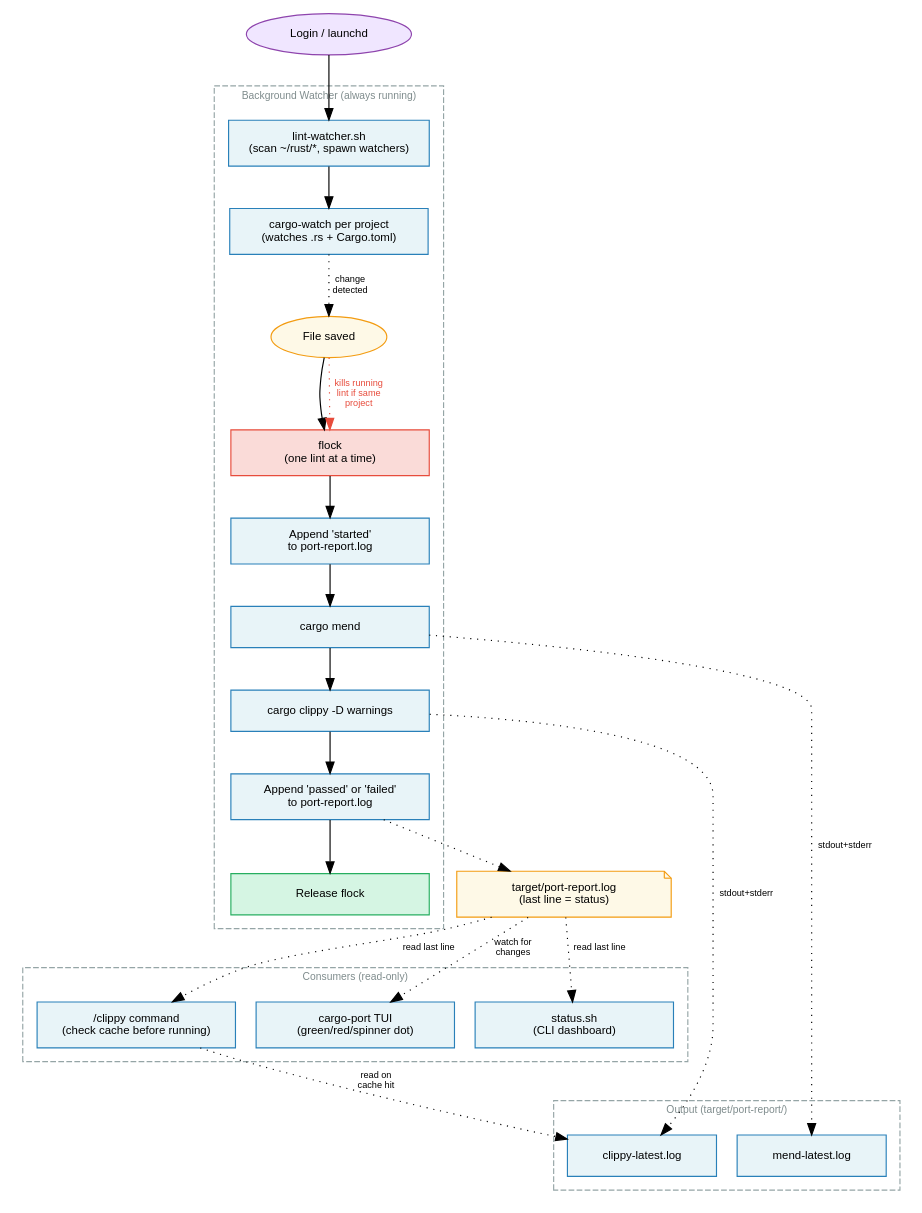
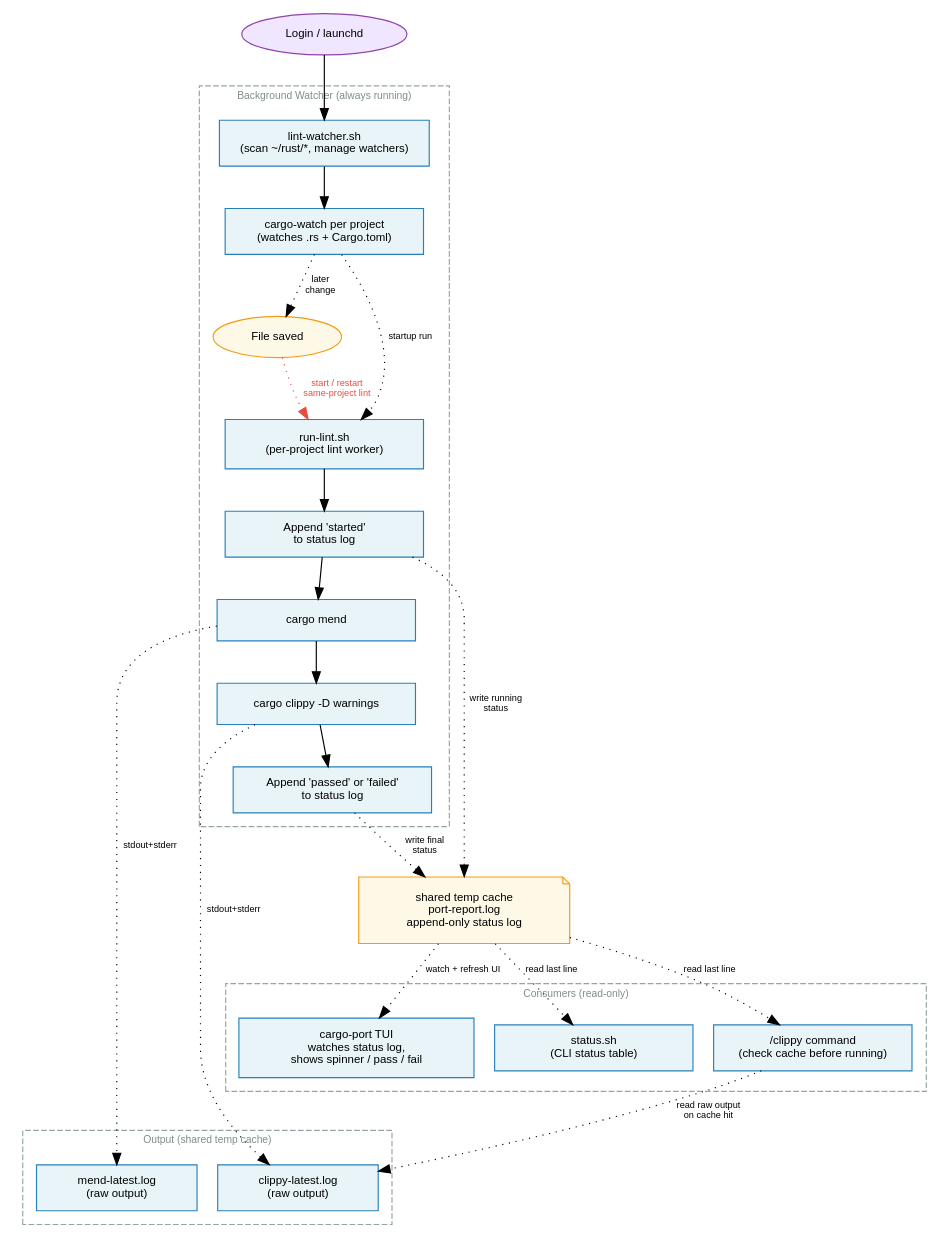
One commit to natepiano/claude_commands changed the diagram in scripts/lint-watcher/lint-watcher-flow.dot. Above: the diagram before and after it, drawn with Graphviz. The commit also changed 20 other files, not shown here.

```diff
--- a/scripts/lint-watcher/lint-watcher-flow.dot
+++ b/scripts/lint-watcher/lint-watcher-flow.dot
@@ -1,97 +1,94 @@
 digraph lint_watcher {
     // ┌─────────────────────────────────────────────────────────────────┐
     // │ LAYOUT GUIDE                                                    │
     // │                                                                 │
     // │ Render:  python3 render-flow.py                                 │
     // │          (runs neato -n2, then injects cluster borders + viewBox)│
     // │                                                                 │
     // │ Positions use Graphviz points (1 inch = 72pt).                  │
     // │ Node width=2.4 → 172.8pt. Y spacing between rows: ~60-70pt.    │
     // │                                                                 │
     // │ Column layout:                                                  │
     // │   Watcher column center  = 130                                  │
-    // │   Output column center   = 400                                  │
-    // │   Consumer column center = 400                                  │
-    // │   port-report.log center = 265 (between columns)                │
+    // │   shared log center      = 380                                  │
+    // │   Output column center   = 730                                  │
+    // │   Consumer column center = 730                                  │
     // └─────────────────────────────────────────────────────────────────┘
     fontname="Helvetica"
     node [fontname="Helvetica" fontsize=10 style=filled shape=box margin="0.12,0.06" width=2.4 height=0.5]
     edge [fontname="Helvetica" fontsize=8]
     overlap=false
     splines=true
 
     node [fillcolor="#e8f4f8" color="#2980b9"]
 
-    start [label="Login / launchd" shape=oval fillcolor="#f0e6ff" color="#8e44ad" width=2.0 pos="130,920!"]
+    start [label="Login / launchd" shape=oval fillcolor="#f0e6ff" color="#8e44ad" width=2.0 pos="130,938!"]
 
     // ══════ Background Watcher (x center = 130) ══════
     subgraph cluster_watcher {
         label="Background Watcher (always running)"
         style=dashed color="#95a5a6" fontcolor="#7f8c8d" fontsize=9
         margin=12
 
-        orchestrator [label="lint-watcher.sh\n(scan ~/rust/*, spawn watchers)" height=0.55 pos="130,830!"]
-        cargo_watch [label="cargo-watch per project\n(watches .rs + Cargo.toml)" height=0.55 pos="130,760!"]
-        file_saved [label="File saved" shape=oval fillcolor="#fef9e7" color="#f39c12" width=1.4 pos="130,690!"]
-        flock [label="flock\n(one lint at a time)" height=0.55 fillcolor="#fadbd8" color="#e74c3c" pos="130,620!"]
-        write_started [label="Append 'started'\nto port-report.log" height=0.55 pos="130,550!"]
-        run_mend [label="cargo mend" pos="130,480!"]
-        run_clippy [label="cargo clippy -D warnings" pos="130,410!"]
-        write_result [label="Append 'passed' or 'failed'\nto port-report.log" height=0.55 pos="130,340!"]
-        release_lock [label="Release flock" fillcolor="#d5f5e3" color="#27ae60" pos="130,270!"]
+        orchestrator [label="lint-watcher.sh\n(scan ~/rust/*, manage watchers)" height=0.55 pos="130,820!"]
+        cargo_watch [label="cargo-watch per project\n(watches .rs + Cargo.toml)" height=0.55 pos="130,745!"]
+        file_saved [label="File saved" shape=oval fillcolor="#fef9e7" color="#f39c12" width=1.55 pos="130,682!"]
+        run_lint [label="run-lint.sh\n(per-project lint worker)" height=0.6 pos="130,595!"]
+        write_started [label="Append 'started'\nto status log" height=0.55 pos="130,520!"]
+        run_mend [label="cargo mend" pos="130,445!"]
+        run_clippy [label="cargo clippy -D warnings" pos="130,370!"]
+        write_result [label="Append 'passed' or 'failed'\nto status log" height=0.55 pos="130,305!"]
     }
 
-    // ══════ Output Files (x center = 400, top half) ══════
+    // ══════ Output Files (x center = 620, top half) ══════
     subgraph cluster_output {
-        label="Output (target/port-report/)"
+        label="Output (shared temp cache)"
         style=dashed color="#95a5a6" fontcolor="#7f8c8d" fontsize=9
         margin=12
 
-        mend_log [label="mend-latest.log" width=1.8 pos="400,480!"]
-        clippy_log [label="clippy-latest.log" width=1.8 pos="400,410!"]
+        mend_log [label="mend-latest.log\n(raw output)" width=1.95 height=0.55 pos="730,655!"]
+        clippy_log [label="clippy-latest.log\n(raw output)" width=1.95 height=0.55 pos="730,575!"]
     }
 
     // ══════ Protocol File (between columns) ══════
-    port_report [label="target/port-report.log\n(last line = status)" shape=note fillcolor="#fef9e7" color="#f39c12" height=0.55 width=2.6 pos="265,170!"]
+    port_report [label="shared temp cache\nport-report.log\nappend-only status log" shape=note fillcolor="#fef9e7" color="#f39c12" height=0.8 width=2.55 pos="380,305!"]
 
-    // ══════ Consumers (x center = 400, bottom half) ══════
+    // ══════ Consumers (x center = 620, bottom half) ══════
     subgraph cluster_consumers {
         label="Consumers (read-only)"
         style=dashed color="#95a5a6" fontcolor="#7f8c8d" fontsize=9
         margin=12
 
-        clippy_cmd [label="/clippy command\n(check cache before running)" height=0.55 pos="400,280!"]
-        cargo_port [label="cargo-port TUI\n(green/red/spinner dot)" height=0.55 pos="400,170!"]
-        status_sh [label="status.sh\n(CLI dashboard)" height=0.55 pos="400,80!"]
+        clippy_cmd [label="/clippy command\n(check cache before running)" height=0.55 pos="730,450!"]
+        cargo_port [label="cargo-port TUI\nwatches status log,\nshows spinner / pass / fail" height=0.72 width=2.85 pos="730,340!"]
+        status_sh [label="status.sh\n(CLI status table)" height=0.55 pos="730,305!"]
     }
 
     // ── Edges ──
 
     // Start → Watcher
     start -> orchestrator
 
     // Watcher internal
     orchestrator -> cargo_watch
-    cargo_watch -> file_saved [style=dotted label="change\ndetected"]
-    file_saved -> flock
-
-    // Kill+restart annotation
-    file_saved -> flock [style=dotted label="kills running\nlint if same\nproject" color="#e74c3c" fontcolor="#e74c3c"]
-
-    flock -> write_started -> run_mend -> run_clippy -> write_result -> release_lock
+    cargo_watch -> run_lint [style=dotted label="startup run"]
+    cargo_watch -> file_saved [style=dotted label="later\nchange"]
+    file_saved -> run_lint [style=dotted label="start / restart\nsame-project lint" color="#e74c3c" fontcolor="#e74c3c"]
+    run_lint -> write_started -> run_mend -> run_clippy -> write_result
 
     // Watcher → Output Files
     run_mend -> mend_log [style=dotted label="stdout+stderr"]
     run_clippy -> clippy_log [style=dotted label="stdout+stderr"]
 
     // Watcher → Protocol File
-    write_result -> port_report [style=dotted]
+    write_started -> port_report [style=dotted label="write running\nstatus"]
+    write_result -> port_report [style=dotted label="write final\nstatus"]
 
     // Protocol File → Consumers
     port_report -> clippy_cmd [style=dotted label="read last line"]
-    port_report -> cargo_port [style=dotted label="watch for\nchanges"]
+    port_report -> cargo_port [style=dotted label="watch + refresh UI"]
     port_report -> status_sh [style=dotted label="read last line"]
 
     // Consumers → Output Files
-    clippy_cmd -> clippy_log [style=dotted label="read on\ncache hit"]
+    clippy_cmd -> clippy_log [style=dotted label="read raw output\non cache hit"]
 }
```
